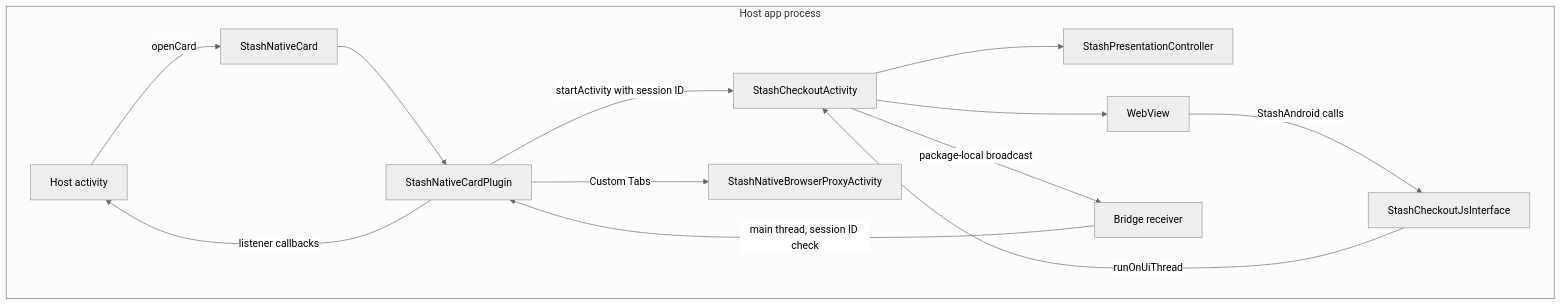
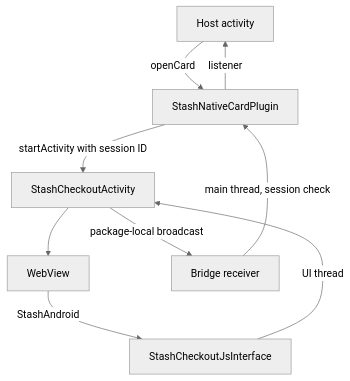
The first of 2 diagrams in docs/architecture/android.md (stashgg/stash-native), drawn with Mermaid (neutral theme) before and after one commit. The commit also changed other lines of this file and 19 other files, not shown here.

First line of the commit message:
[docs] Restructure docs into Overview, Usage, and Platform Architecture

````diff
--- a/docs/architecture/android.md
+++ b/docs/architecture/android.md
@@ -45,16 +35,11 @@
 ```mermaid
 flowchart TB
-    subgraph Process [Host app process]
-        Host[Host activity] -->|openCard| Facade[StashNativeCard]
-        Facade --> Plugin[StashNativeCardPlugin]
-        Plugin -->|startActivity with session ID| Checkout[StashCheckoutActivity]
-        Checkout --> Controller[StashPresentationController]
-        Checkout --> WebView
-        WebView -->|StashAndroid calls| JsInterface[StashCheckoutJsInterface]
-        JsInterface -->|runOnUiThread| Checkout
-        Checkout -->|package-local broadcast| Receiver[Bridge receiver]
-        Receiver -->|main thread, session ID check| Plugin
-        Plugin -->|listener callbacks| Host
-        Plugin -->|Custom Tabs| Proxy[StashNativeBrowserProxyActivity]
-    end
+    Host[Host activity] -->|openCard| Plugin[StashNativeCardPlugin]
+    Plugin -->|startActivity with session ID| Checkout[StashCheckoutActivity]
+    Checkout --> WebView
+    WebView -->|StashAndroid| JsInterface[StashCheckoutJsInterface]
+    JsInterface -->|UI thread| Checkout
+    Checkout -->|package-local broadcast| Receiver[Bridge receiver]
+    Receiver -->|main thread, session check| Plugin
+    Plugin -->|listener| Host
 ```
````
